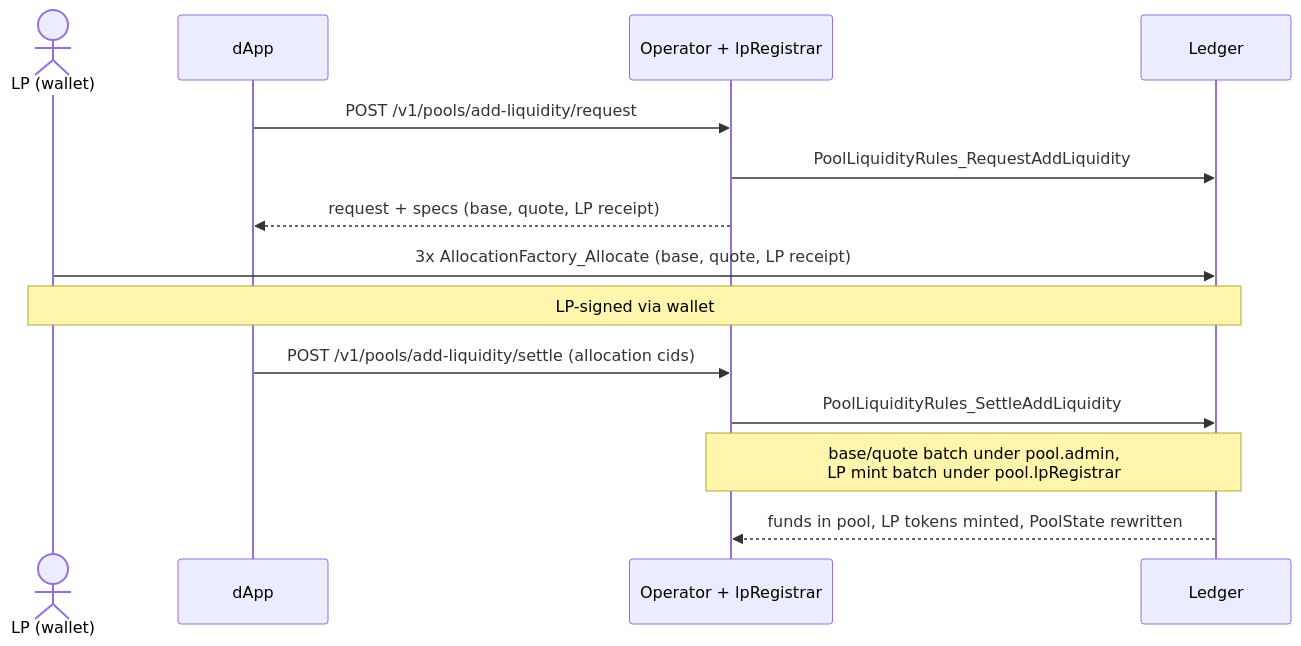
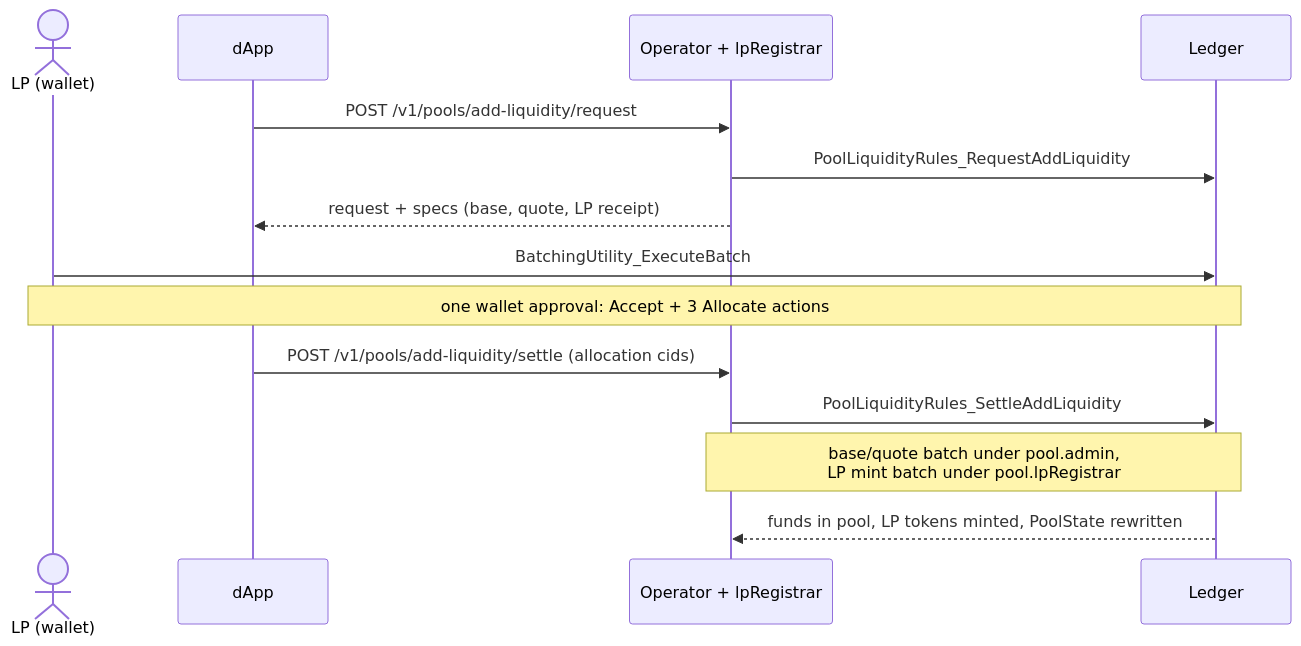
The second of 5 diagrams in docs/concepts/workflows.md (srikanth-bitdynamics/Canton-Dex-Reference-Implementation), drawn with Mermaid before and after one commit. The commit also changed other lines of this file and 132 other files, not shown here.

````diff
--- a/docs/concepts/workflows.md
+++ b/docs/concepts/workflows.md
@@ -116,16 +153,16 @@
 ```mermaid
 sequenceDiagram
     actor LP as LP (wallet)
     participant D as dApp
     participant O as Operator + lpRegistrar
     participant L as Ledger
     D->>O: POST /v1/pools/add-liquidity/request
     O->>L: PoolLiquidityRules_RequestAddLiquidity
     O-->>D: request + specs (base, quote, LP receipt)
-    LP->>L: 3x AllocationFactory_Allocate (base, quote, LP receipt)
-    Note over LP,L: LP-signed via wallet
+    LP->>L: BatchingUtility_ExecuteBatch
+    Note over LP,L: one wallet approval: Accept + 3 Allocate actions
     D->>O: POST /v1/pools/add-liquidity/settle (allocation cids)
     O->>L: PoolLiquidityRules_SettleAddLiquidity
     Note over O,L: base/quote batch under pool.admin,<br/>LP mint batch under pool.lpRegistrar
     L-->>O: funds in pool, LP tokens minted, PoolState rewritten
 ```
````
